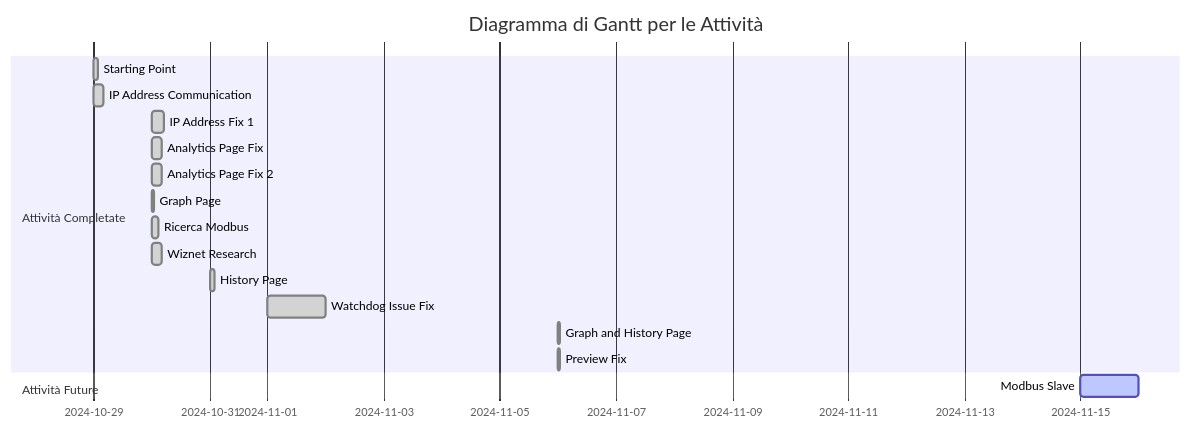
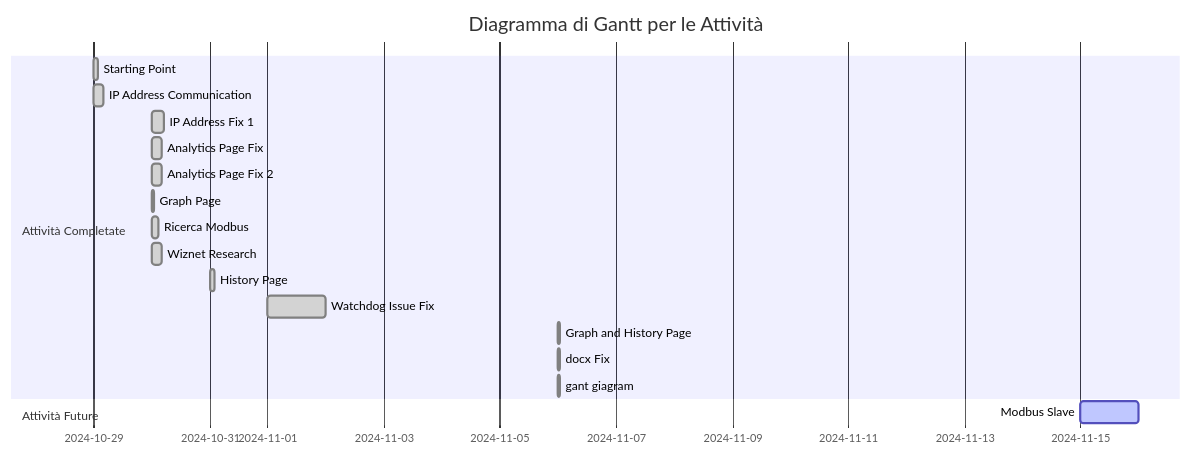
Before and after one commit to AlessioTommasi-supsi/iotProject: the diagram in docs/README.md, drawn with Mermaid. The commit also changed other lines of this file, not shown here.

````diff
--- a/docs/README.md
+++ b/docs/README.md
@@ -138,23 +139,24 @@
 ```mermaid
 gantt
     title Diagramma di Gantt per le Attività
     dateFormat  DD/MM/YYYY
     section Attività Completate
     Starting Point            :done, s1, 29/10/2024, 2h
     IP Address Communication  :done, s2, 29/10/2024, 4h
     IP Address Fix 1          :done, s3, 30/10/2024, 5h
     Analytics Page Fix        :done, s4, 30/10/2024, 4h
     Analytics Page Fix 2      :done, s5, 30/10/2024, 4h
     Graph Page                :done, s6, 30/10/2024, 1h
     Ricerca Modbus            :done, s7, 30/10/2024, 3h
     Wiznet Research           :done, s8, 30/10/2024, 4h
     History Page              :done, s9, 31/10/2024, 2h
     Watchdog Issue Fix        :done, s10, 01/11/2024, 24h
     Graph and History Page    :done, s11, 06/11/2024, 1h
-    Preview Fix               :done, s12, 06/11/2024, 1h
-
+    docx Fix               :done, s12, 06/11/2024, 1h
+    gant giagram               :done, s12, 06/11/2024, 1h
+    
     section Attività Future
     Modbus Slave              :active, s13, 15/11/2024, 24h
 
     
 ```
````
